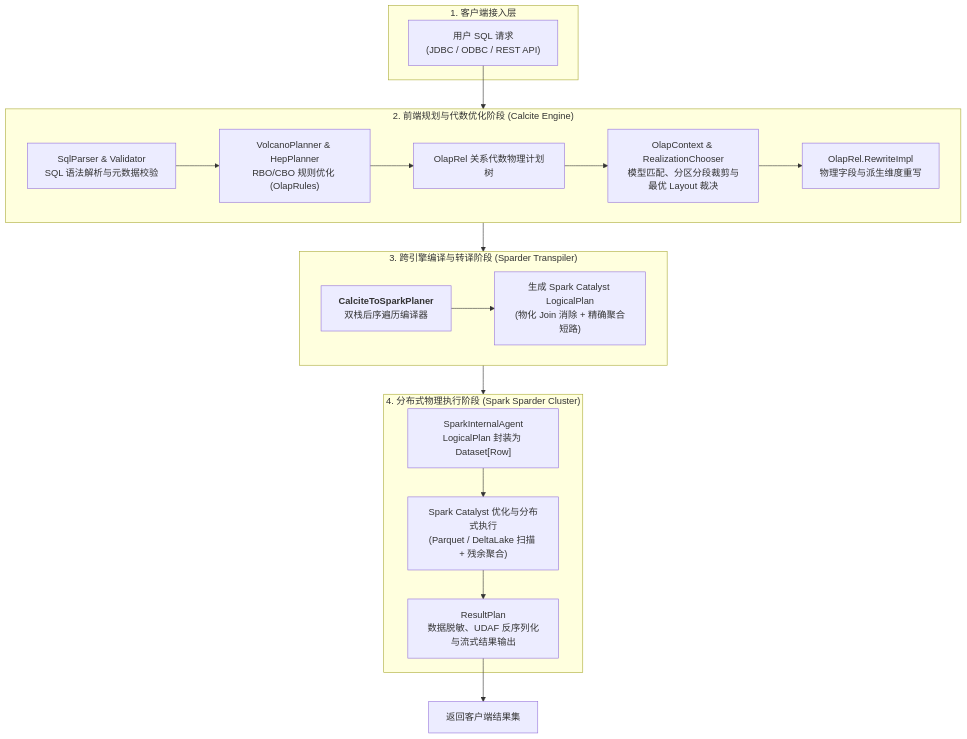
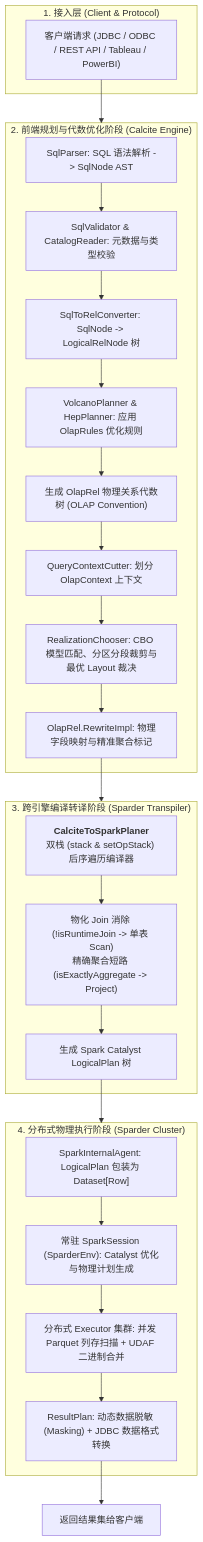
Before and after one commit to Mrhs121/mrhs121.github.io: the second of 3 diagrams in posts/2026-08-18-kylin-query-engine-01-overview.md, drawn with Mermaid. The commit also changed other lines of this file and 5 other files, not shown here.

````diff
--- a/posts/2026-08-18-kylin-query-engine-01-overview.md
+++ b/posts/2026-08-18-kylin-query-engine-01-overview.md
@@ -42,34 +43,41 @@
 ```mermaid
 flowchart TD
-    subgraph Client ["1. 客户端接入层"]
-        SQL["用户 SQL 请求<br/>(JDBC / ODBC / REST API)"]
+    subgraph ClientLayer ["1. 接入层 (Client & Protocol)"]
+        ClientReq["客户端请求 (JDBC / ODBC / REST API / Tableau / PowerBI)"]
     end
 
-    subgraph Stage1 ["2. 前端规划与代数优化阶段 (Calcite Engine)"]
-        Parser["SqlParser & Validator<br/>SQL 语法解析与元数据校验"]
-        Volcano["VolcanoPlanner & HepPlanner<br/>RBO/CBO 规则优化 (OlapRules)"]
-        RelTree["OlapRel 关系代数物理计划树"]
-        Router["OlapContext & RealizationChooser<br/>模型匹配、分区分段裁剪与最优 Layout 裁决"]
-        Rewrite["OlapRel.RewriteImpl<br/>物理字段与派生维度重写"]
-        
-        Parser --> Volcano --> RelTree --> Router --> Rewrite
+    subgraph CalcitePhase ["2. 前端规划与代数优化阶段 (Calcite Engine)"]
+        SqlParse["SqlParser: SQL 语法解析 -> SqlNode AST"]
+        SqlValidate["SqlValidator & CatalogReader: 元数据与类型校验"]
+        SqlToRel["SqlToRelConverter: SqlNode -> LogicalRelNode 树"]
+        VolcanoOpt["VolcanoPlanner & HepPlanner: 应用 OlapRules 优化规则"]
+        OlapRelTree["生成 OlapRel 物理关系代数树 (OLAP Convention)"]
+        ContextCut["QueryContextCutter: 划分 OlapContext 上下文"]
+        ModelMatch["RealizationChooser: CBO 模型匹配、分区分段裁剪与最优 Layout 裁决"]
+        RewriteTree["OlapRel.RewriteImpl: 物理字段映射与精准聚合标记"]
+
+        SqlParse --> SqlValidate --> SqlToRel --> VolcanoOpt --> OlapRelTree --> ContextCut --> ModelMatch --> RewriteTree
     end
 
-    subgraph Stage2 ["3. 跨引擎编译与转译阶段 (Sparder Transpiler)"]
-        Bridge["<b>CalciteToSparkPlaner</b><br/>双栈后序遍历编译器"]
-        Bridge --> PlanGen["生成 Spark Catalyst LogicalPlan<br/>(物化 Join 消除 + 精确聚合短路)"]
+    subgraph TranspilePhase ["3. 跨引擎编译转译阶段 (Sparder Transpiler)"]
+        C2S["<b>CalciteToSparkPlaner</b><br/>双栈 (stack & setOpStack) 后序遍历编译器"]
+        Eliminate["物化 Join 消除 (!isRuntimeJoin -> 单表 Scan)<br/>精确聚合短路 (isExactlyAggregate -> Project)"]
+        SparkLP["生成 Spark Catalyst LogicalPlan 树"]
+
+        C2S --> Eliminate --> SparkLP
     end
 
-    subgraph Stage3 ["4. 分布式物理执行阶段 (Spark Sparder Cluster)"]
-        Agent["SparkInternalAgent<br/>LogicalPlan 封装为 Dataset[Row]"]
-        SparkExec["Spark Catalyst 优化与分布式执行<br/>(Parquet / DeltaLake 扫描 + 残余聚合)"]
-        Result["ResultPlan<br/>数据脱敏、UDAF 反序列化与流式结果输出"]
-        
-        Agent --> SparkExec --> Result
+    subgraph SparkPhase ["4. 分布式物理执行阶段 (Sparder Cluster)"]
+        Agent["SparkInternalAgent: LogicalPlan 包装为 Dataset[Row]"]
+        SparkCatalog["常驻 SparkSession (SparderEnv): Catalyst 优化与物理计划生成"]
+        Executors["分布式 Executor 集群: 并发 Parquet 列存扫描 + UDAF 二进制合并"]
+        ResultFormat["ResultPlan: 动态数据脱敏 (Masking) + JDBC 数据格式转换"]
+
+        Agent --> SparkCatalog --> Executors --> ResultFormat
     end
 
-    SQL --> Stage1
-    Stage1 --> Stage2
-    Stage2 --> Stage3
-    Result --> Output["返回客户端结果集"]
+    ClientReq --> CalcitePhase
+    RewriteTree --> TranspilePhase
+    SparkLP --> SparkPhase
+    ResultFormat --> OutputResult["返回结果集给客户端"]
 ```
````
